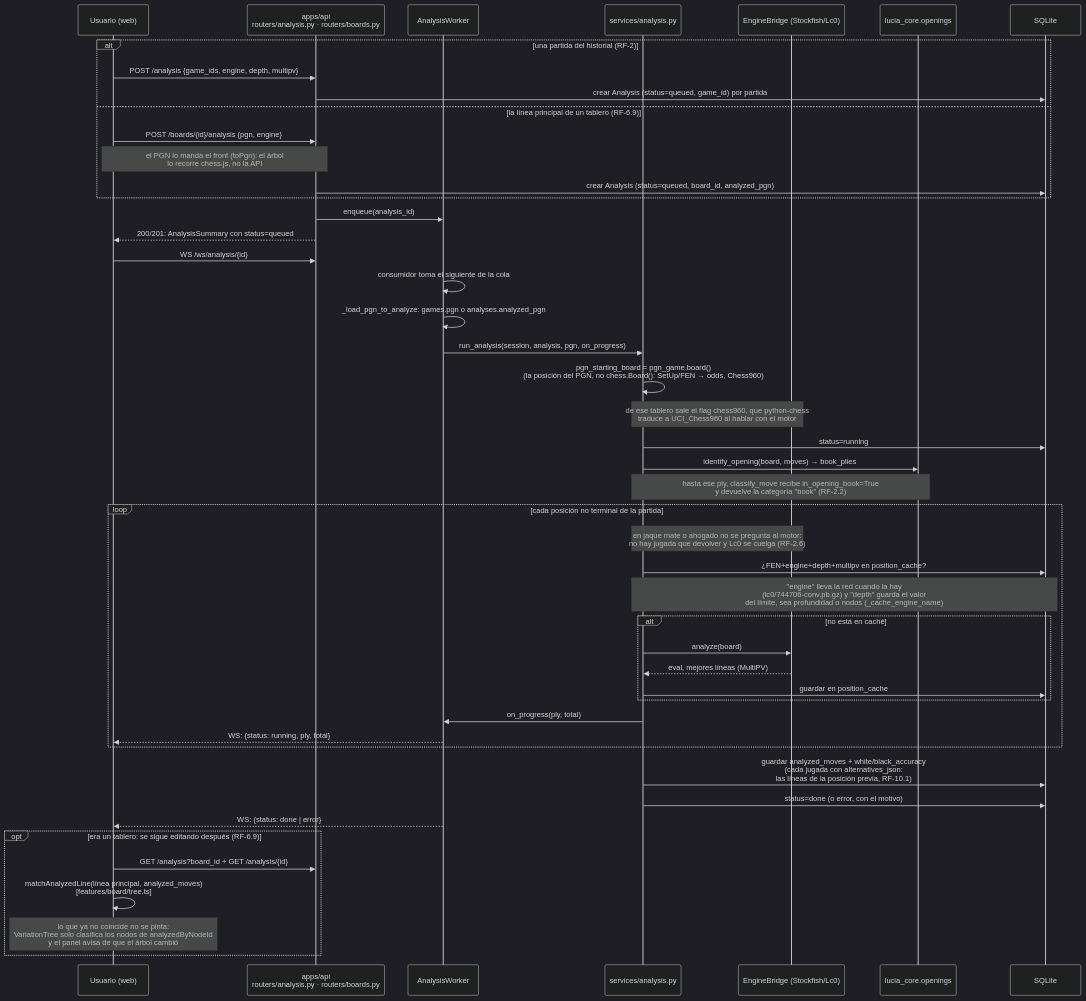
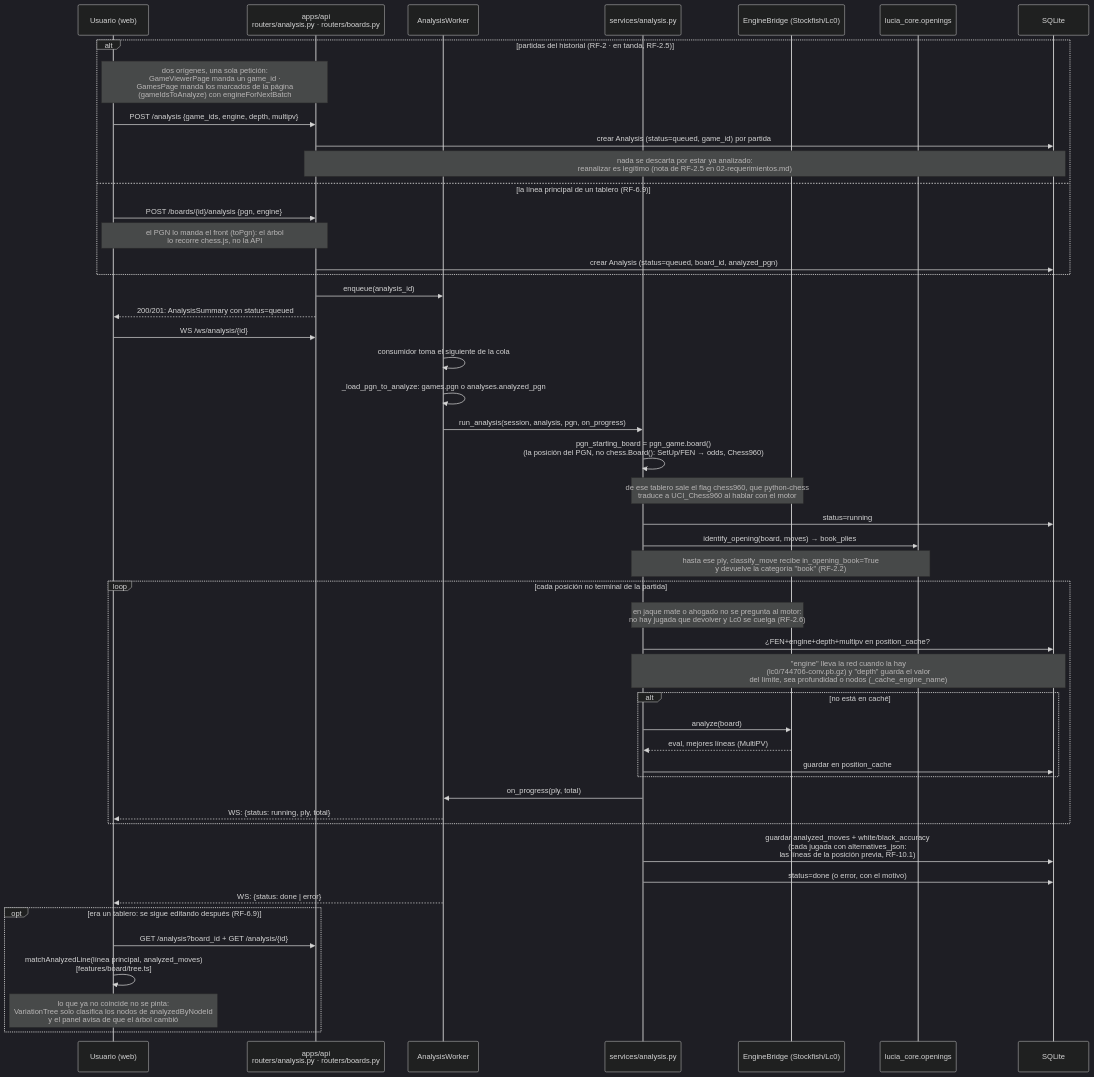
Before and after one commit to SirJsus/LUCIA: the sixth of 21 diagrams in docs/06-mapa-del-proyecto.md, drawn with Mermaid (dark theme). The commit also changed other lines of this file and 87 other files, not shown here.

````diff
--- a/docs/06-mapa-del-proyecto.md
+++ b/docs/06-mapa-del-proyecto.md
@@ -865,52 +938,54 @@
 ```mermaid
 sequenceDiagram
     participant U as Usuario (web)
     participant A as apps/api<br/>routers/analysis.py · routers/boards.py
     participant WK as AnalysisWorker
     participant S as services/analysis.py
     participant E as EngineBridge (Stockfish/Lc0)
     participant O as lucia_core.openings
     participant DB as SQLite
 
-    alt una partida del historial (RF-2)
+    alt partidas del historial (RF-2 · en tanda, RF-2.5)
+        Note over U,A: dos orígenes, una sola petición:<br/>GameViewerPage manda un game_id ·<br/>GamesPage manda los marcados de la página<br/>(gameIdsToAnalyze) con engineForNextBatch
         U->>A: POST /analysis {game_ids, engine, depth, multipv}
         A->>DB: crear Analysis (status=queued, game_id) por partida
+        Note over A,DB: nada se descarta por estar ya analizado:<br/>reanalizar es legítimo (nota de RF-2.5 en 02-requerimientos.md)
     else la línea principal de un tablero (RF-6.9)
         U->>A: POST /boards/{id}/analysis {pgn, engine}
         Note over U,A: el PGN lo manda el front (toPgn): el árbol<br/>lo recorre chess.js, no la API
         A->>DB: crear Analysis (status=queued, board_id, analyzed_pgn)
     end
     A->>WK: enqueue(analysis_id)
     A-->>U: 200/201: AnalysisSummary con status=queued
 
     U->>A: WS /ws/analysis/{id}
     WK->>WK: consumidor toma el siguiente de la cola
     WK->>WK: _load_pgn_to_analyze: games.pgn o analyses.analyzed_pgn
     WK->>S: run_analysis(session, analysis, pgn, on_progress)
     S->>S: pgn_starting_board = pgn_game.board()<br/>(la posición del PGN, no chess.Board(): SetUp/FEN → odds, Chess960)
     Note over S,E: de ese tablero sale el flag chess960, que python-chess<br/>traduce a UCI_Chess960 al hablar con el motor
     S->>DB: status=running
     S->>O: identify_opening(board, moves) → book_plies
     Note over S,O: hasta ese ply, classify_move recibe in_opening_book=True<br/>y devuelve la categoría "book" (RF-2.2)
     loop cada posición no terminal de la partida
         Note over S,E: en jaque mate o ahogado no se pregunta al motor:<br/>no hay jugada que devolver y Lc0 se cuelga (RF-2.6)
         S->>DB: ¿FEN+engine+depth+multipv en position_cache?
         Note over S,DB: "engine" lleva la red cuando la hay<br/>(lc0/744706-conv.pb.gz) y "depth" guarda el valor<br/>del límite, sea profundidad o nodos (_cache_engine_name)
         alt no está en caché
             S->>E: analyze(board)
             E-->>S: eval, mejores líneas (MultiPV)
             S->>DB: guardar en position_cache
         end
         S->>WK: on_progress(ply, total)
         WK-->>U: WS: {status: running, ply, total}
     end
     S->>DB: guardar analyzed_moves + white/black_accuracy<br/>(cada jugada con alternatives_json:<br/>las líneas de la posición previa, RF-10.1)
     S->>DB: status=done (o error, con el motivo)
     WK-->>U: WS: {status: done | error}
 
     opt era un tablero: se sigue editando después (RF-6.9)
         U->>A: GET /analysis?board_id + GET /analysis/{id}
         U->>U: matchAnalyzedLine(línea principal, analyzed_moves)<br/>[features/board/tree.ts]
         Note over U: lo que ya no coincide no se pinta:<br/>VariationTree solo clasifica los nodos de analyzedByNodeId<br/>y el panel avisa de que el árbol cambió
     end
 ```
````
